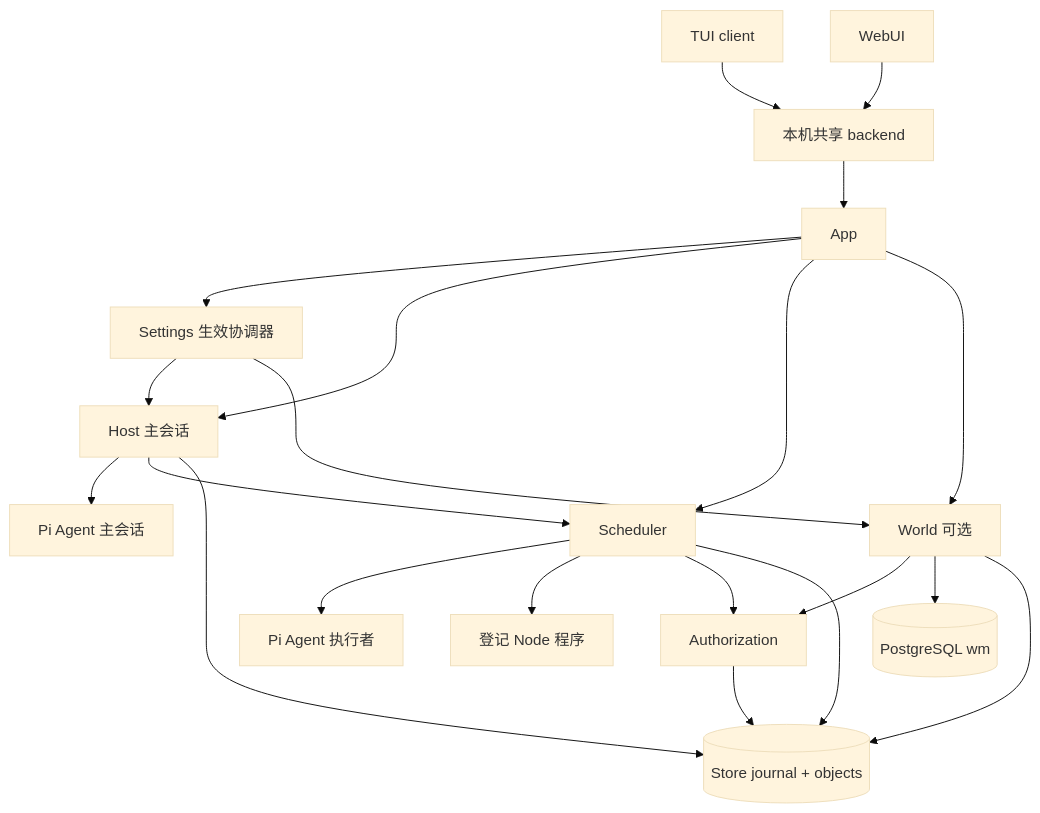
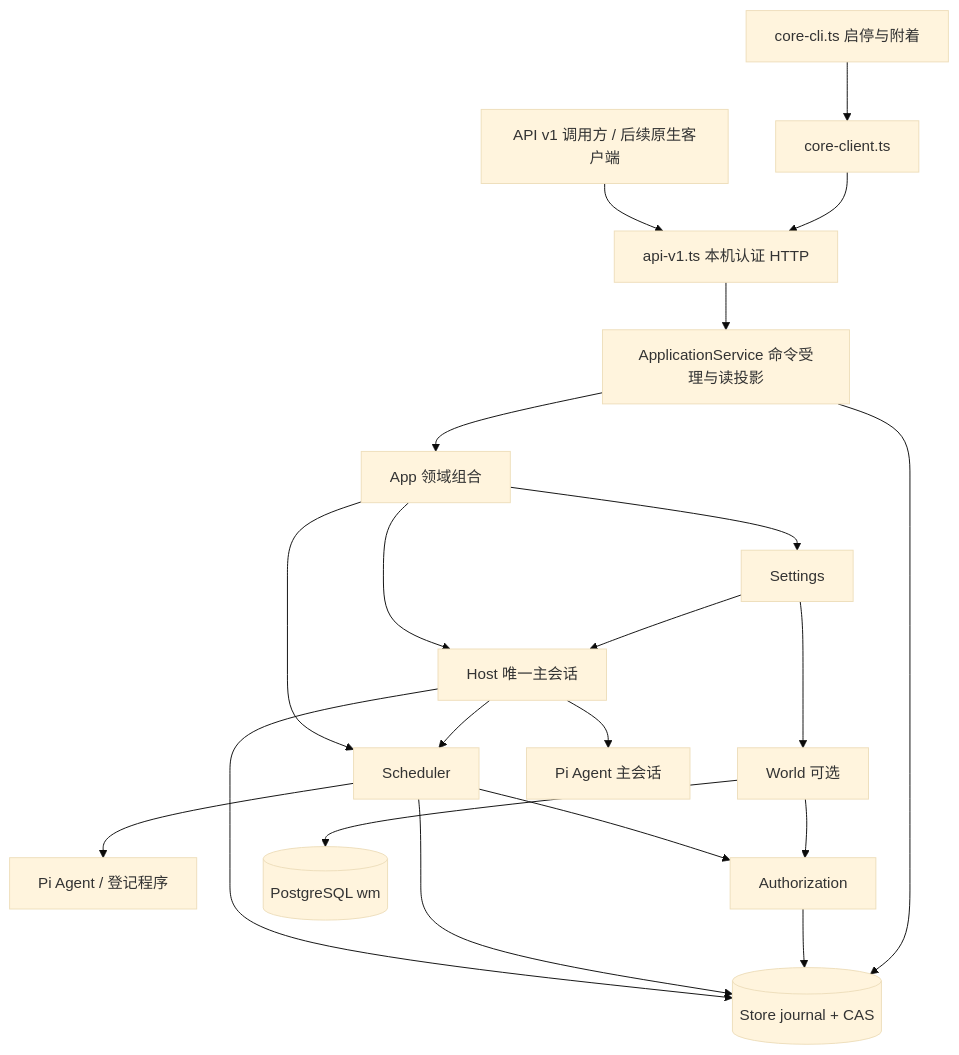
Before and after one commit to ExplodeCode6324/Secretary: the diagram in docs/architecture.md, drawn with Mermaid (base theme). The commit also changed other lines of this file and 147 other files, not shown here.

Commit message:
docs: align repository guides with Core API v1 implementation

````diff
--- a/docs/architecture.md
+++ b/docs/architecture.md
@@ -3,23 +5,23 @@
 ```mermaid
 flowchart TD
-  TUI[TUI client] --> B[本机共享 backend]
-  WEB[WebUI] --> B
-  B --> APP[App]
-  APP --> G[Settings 生效协调器]
-  G --> H[Host 主会话]
-  G --> W[World 可选]
-  APP --> H[Host 主会话]
+  C[API v1 调用方 / 后续原生客户端] --> HTTP[api-v1.ts 本机认证 HTTP]
+  CLI[core-cli.ts 启停与附着] --> CLIENT[core-client.ts]
+  CLIENT --> HTTP
+  HTTP --> AS[ApplicationService 命令受理与读投影]
+  AS --> APP[App 领域组合]
+  APP --> H[Host 唯一主会话]
   APP --> S[Scheduler]
-  APP --> W[World 可选]
-  H --> MAIN[Pi Agent 主会话]
+  APP --> SET[Settings]
+  SET --> H
+  SET --> W[World 可选]
+  H --> M[Pi Agent 主会话]
   H --> S
-  S --> TASK[Pi Agent 执行者]
-  S --> P[登记 Node 程序]
+  S --> TASK[Pi Agent / 登记程序]
   S --> A[Authorization]
   W --> A
   W --> PG[(PostgreSQL wm)]
-  H --> ST[(Store journal + objects)]
+  H --> ST[(Store journal + CAS)]
   S --> ST
   A --> ST
-  W --> ST
+  AS --> ST
 ```
````
